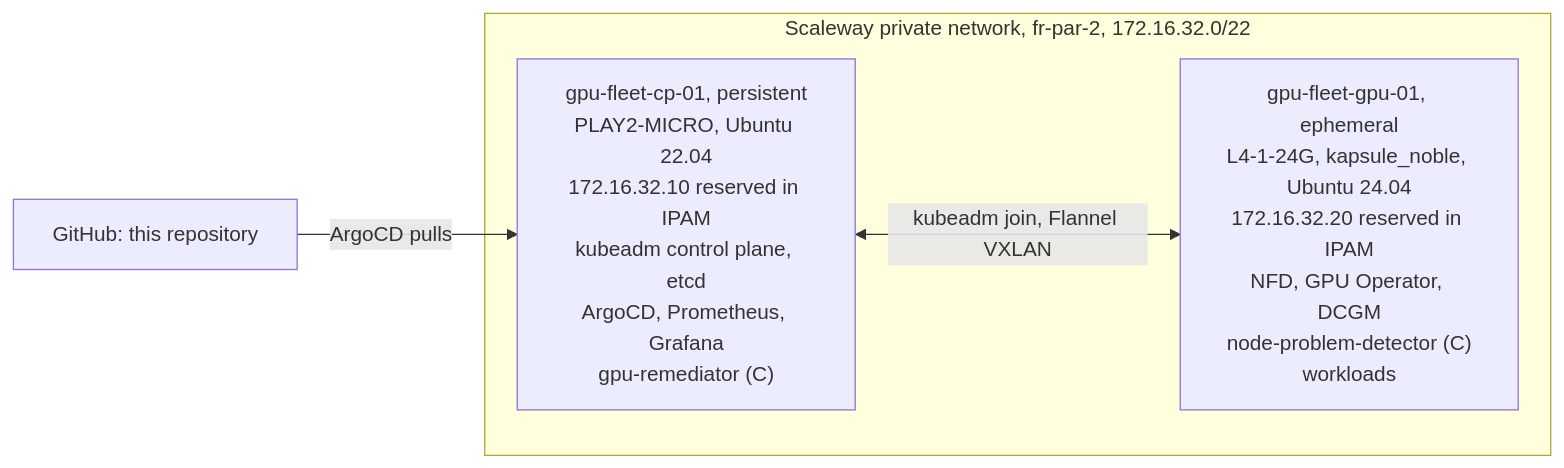
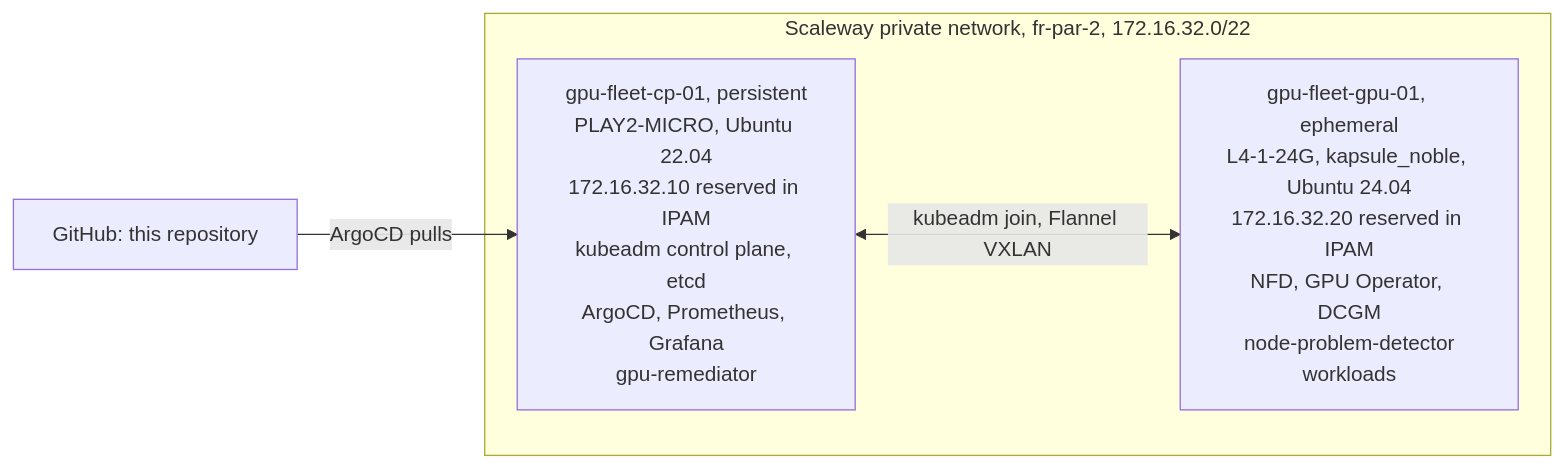
One commit to yassineteimi/nvidia-gpu-fleet-poc changed the diagram in docs/architecture.md. Above: the diagram before and after it, drawn with Mermaid. The commit also changed other lines of this file and 8 other files, not shown here.

````diff
--- a/docs/architecture.md
+++ b/docs/architecture.md
@@ -6,9 +5,9 @@
 ```mermaid
 flowchart LR
   subgraph PN["Scaleway private network, fr-par-2, 172.16.32.0/22"]
-    CP["gpu-fleet-cp-01, persistent<br/>PLAY2-MICRO, Ubuntu 22.04<br/>172.16.32.10 reserved in IPAM<br/>kubeadm control plane, etcd<br/>ArgoCD, Prometheus, Grafana<br/>gpu-remediator (C)"]
-    GPU["gpu-fleet-gpu-01, ephemeral<br/>L4-1-24G, kapsule_noble, Ubuntu 24.04<br/>172.16.32.20 reserved in IPAM<br/>NFD, GPU Operator, DCGM<br/>node-problem-detector (C)<br/>workloads"]
+    CP["gpu-fleet-cp-01, persistent<br/>PLAY2-MICRO, Ubuntu 22.04<br/>172.16.32.10 reserved in IPAM<br/>kubeadm control plane, etcd<br/>ArgoCD, Prometheus, Grafana<br/>gpu-remediator"]
+    GPU["gpu-fleet-gpu-01, ephemeral<br/>L4-1-24G, kapsule_noble, Ubuntu 24.04<br/>172.16.32.20 reserved in IPAM<br/>NFD, GPU Operator, DCGM<br/>node-problem-detector<br/>workloads"]
   end
   GIT["GitHub: this repository"] -->|"ArgoCD pulls"| CP
   CP <-->|"kubeadm join, Flannel VXLAN"| GPU
 ```
````
